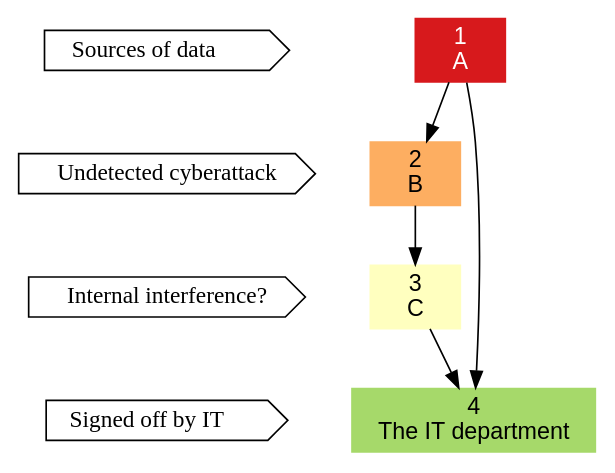
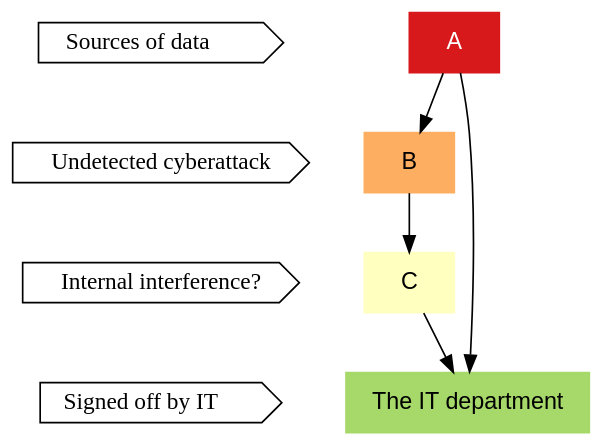
Before and after one commit to haroldthimbleby/REED: the diagram in lib/ABCDis-styles.gv, drawn with Graphviz. The commit also changed 39 other files, not shown here.

```diff
--- a/lib/ABCDis-styles.gv
+++ b/lib/ABCDis-styles.gv
@@ -1,30 +1,31 @@
 digraph {
   compound=true;
+  bgcolor="transparent";
   color=red;
   labelloc=t;
   fontname="Helvetica";
   fontsize=24;
   label="";
   rankdir="TB";
 {rank=same; "Sources of data        ";"A";}
 {rank=same; "Undetected cyberattack ";"B";}
 {rank=same; "Internal interference? ";"C";}
 {rank=same; "Signed off by IT       ";"D";}
 
-  "Undetected cyberattack " [shape=box; fontname=Helvetica; label="Undetected cyberattack ";shape=cds;fontname="Monaco";];
-  "Sources of data        " [shape=box; fontname=Helvetica; label="Sources of data        ";shape=cds;fontname="Monaco";];
-  "Signed off by IT       " [shape=box; fontname=Helvetica; label="Signed off by IT       ";shape=cds;fontname="Monaco";];
-  "Internal interference? " [shape=box; fontname=Helvetica; label="Internal interference? ";shape=cds;fontname="Monaco";];
-  "D" [fillcolor="/rdylgn5/4";color="/rdylgn5/4";style=filled;fontcolor=black;shape=box; fontname=Helvetica; label="4\nThe IT department";];
-  "C" [fillcolor="/rdylgn5/3";color="/rdylgn5/3";style=filled;fontcolor=black;shape=box; fontname=Helvetica; label="3\nC";];
-  "B" [fillcolor="/rdylgn5/2";color="/rdylgn5/2";style=filled;fontcolor=black;shape=box; fontname=Helvetica; label="2\nB";];
-  "A" [fillcolor="/rdylgn5/1";color="/rdylgn5/1";style=filled;fontcolor=white;shape=box; fontname=Helvetica; label="1\nA";];
+  "Undetected cyberattack " [shape=box; fontname=Helvetica; URL="#Undetected cyberattack "; label="Undetected cyberattack ";shape=cds;fontname="Monaco";];
+  "Sources of data        " [shape=box; fontname=Helvetica; URL="#Sources of data        "; label="Sources of data        ";shape=cds;fontname="Monaco";];
+  "Signed off by IT       " [shape=box; fontname=Helvetica; URL="#Signed off by IT       "; label="Signed off by IT       ";shape=cds;fontname="Monaco";];
+  "Internal interference? " [shape=box; fontname=Helvetica; URL="#Internal interference? "; label="Internal interference? ";shape=cds;fontname="Monaco";];
+  "D" [fillcolor="/rdylgn5/4";color="/rdylgn5/4";style=filled;fontcolor=black;shape=box; fontname=Helvetica; URL="#D"; label="The IT department";];
+  "C" [fillcolor="/rdylgn5/3";color="/rdylgn5/3";style=filled;fontcolor=black;shape=box; fontname=Helvetica; URL="#C"; label="C";];
+  "B" [fillcolor="/rdylgn5/2";color="/rdylgn5/2";style=filled;fontcolor=black;shape=box; fontname=Helvetica; URL="#B"; label="B";];
+  "A" [fillcolor="/rdylgn5/1";color="/rdylgn5/1";style=filled;fontcolor=white;shape=box; fontname=Helvetica; URL="#A"; label="A";];
 
   "Internal interference? "->"Signed off by IT       " [style=invis; ];
   "Undetected cyberattack "->"Internal interference? " [style=invis; ];
   "Sources of data        "->"Undetected cyberattack " [style=invis; ];
   "A"->"B";
   "A"->"D";
   "C"->"D";
   "B"->"C";
 }
```
